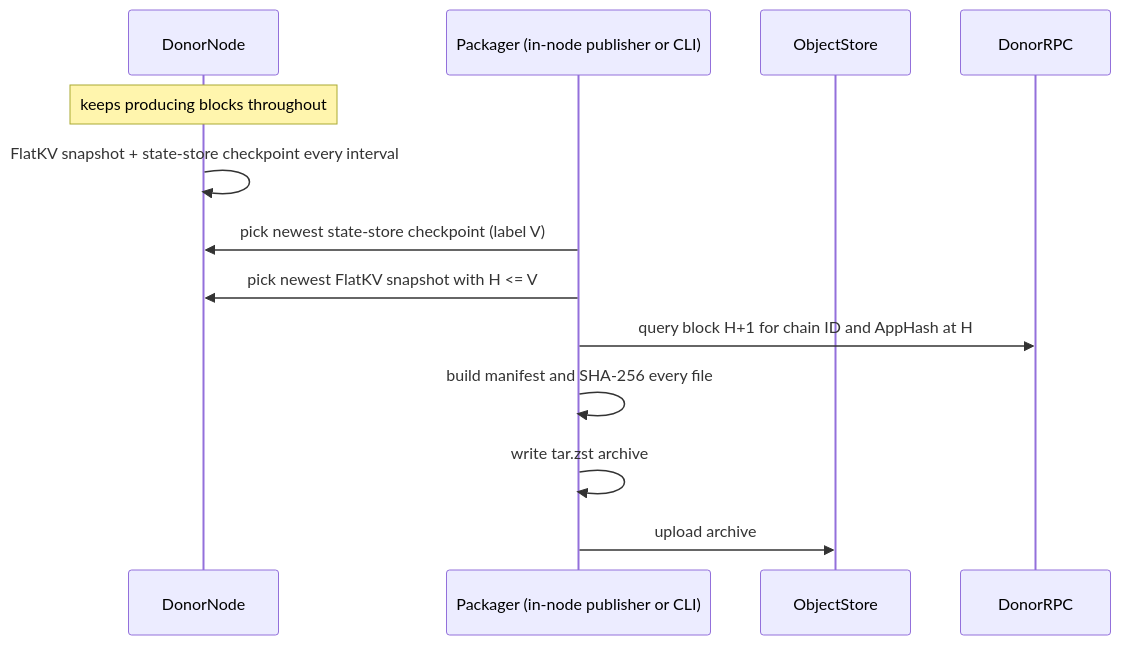
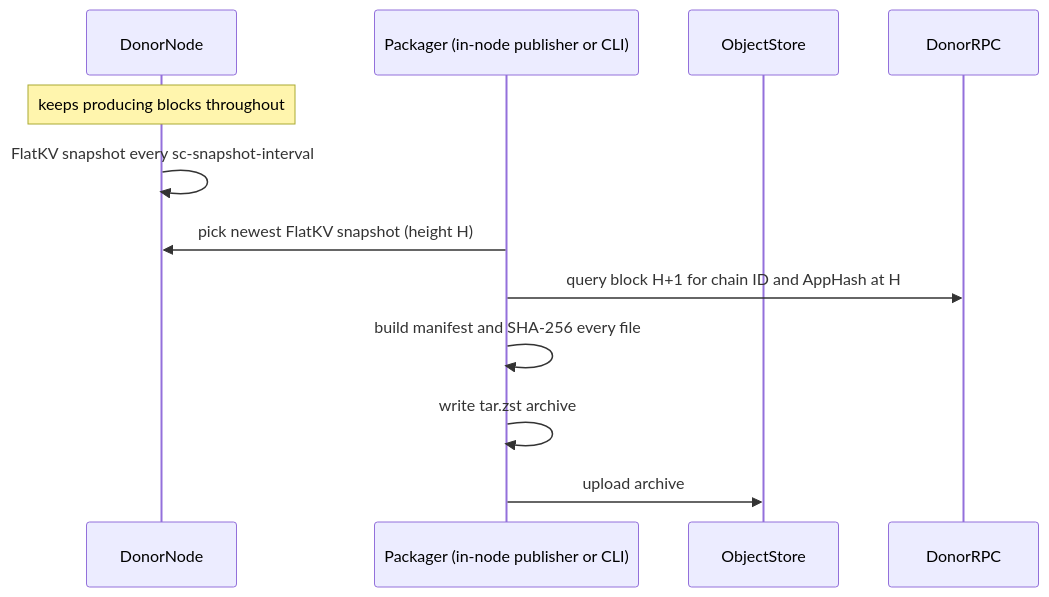
One commit to sei-protocol/sei-chain changed the first of 2 diagrams in docs/flatkv-archive-state-sync.md. Above: the diagram before and after it, drawn with Mermaid. The commit also changed other lines of this file and 1 other file, not shown here.

````diff
--- a/docs/flatkv-archive-state-sync.md
+++ b/docs/flatkv-archive-state-sync.md
@@ -229,16 +274,15 @@
 ```mermaid
 sequenceDiagram
     participant DonorNode
     participant Packager as Packager (in-node publisher or CLI)
     participant ObjectStore
     participant DonorRPC
 
     Note over DonorNode: keeps producing blocks throughout
-    DonorNode->>DonorNode: FlatKV snapshot + state-store checkpoint every interval
-    Packager->>DonorNode: pick newest state-store checkpoint (label V)
-    Packager->>DonorNode: pick newest FlatKV snapshot with H <= V
+    DonorNode->>DonorNode: FlatKV snapshot every sc-snapshot-interval
+    Packager->>DonorNode: pick newest FlatKV snapshot (height H)
     Packager->>DonorRPC: query block H+1 for chain ID and AppHash at H
     Packager->>Packager: build manifest and SHA-256 every file
     Packager->>Packager: write tar.zst archive
     Packager->>ObjectStore: upload archive
 ```
````
